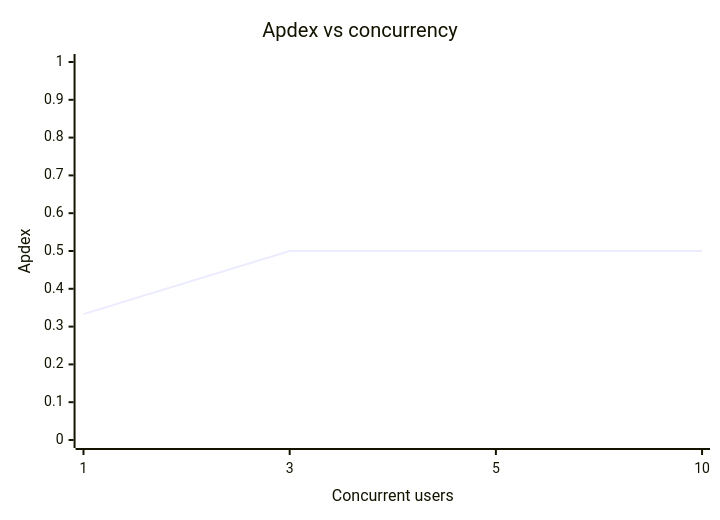
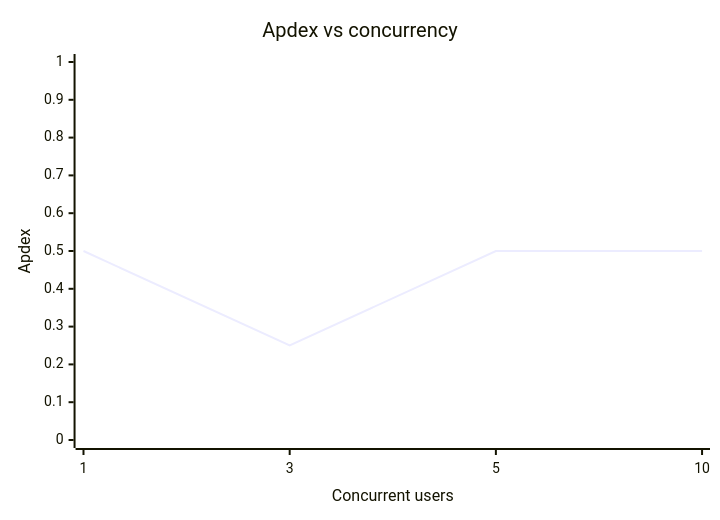
Before and after one commit to satyam-kalihari/sahyadri-echoes: the fourth of 5 diagrams in reports/chat-performance-report.md, drawn with Mermaid. The commit also changed other lines of this file and 7 other files, not shown here.

````diff
--- a/reports/chat-performance-report.md
+++ b/reports/chat-performance-report.md
@@ -44,7 +44,7 @@
 ```mermaid
 xychart-beta
     title "Apdex vs concurrency"
     x-axis "Concurrent users" [1, 3, 5, 10]
     y-axis "Apdex" 0 --> 1
-    line "Apdex" [0.333, 0.5, 0.5, 0.5]
+    line "Apdex" [0.5, 0.25, 0.5, 0.5]
 ```
````
